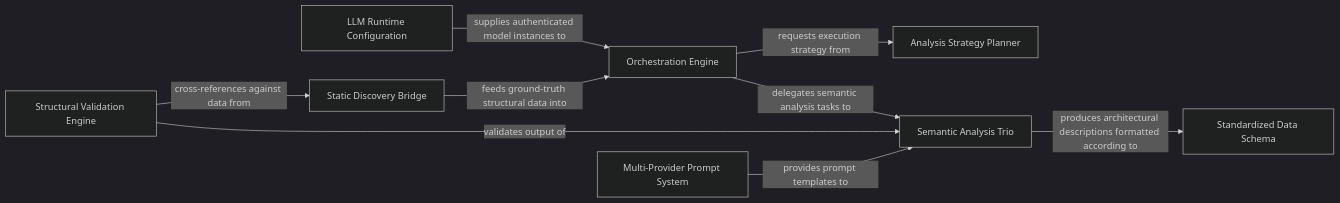
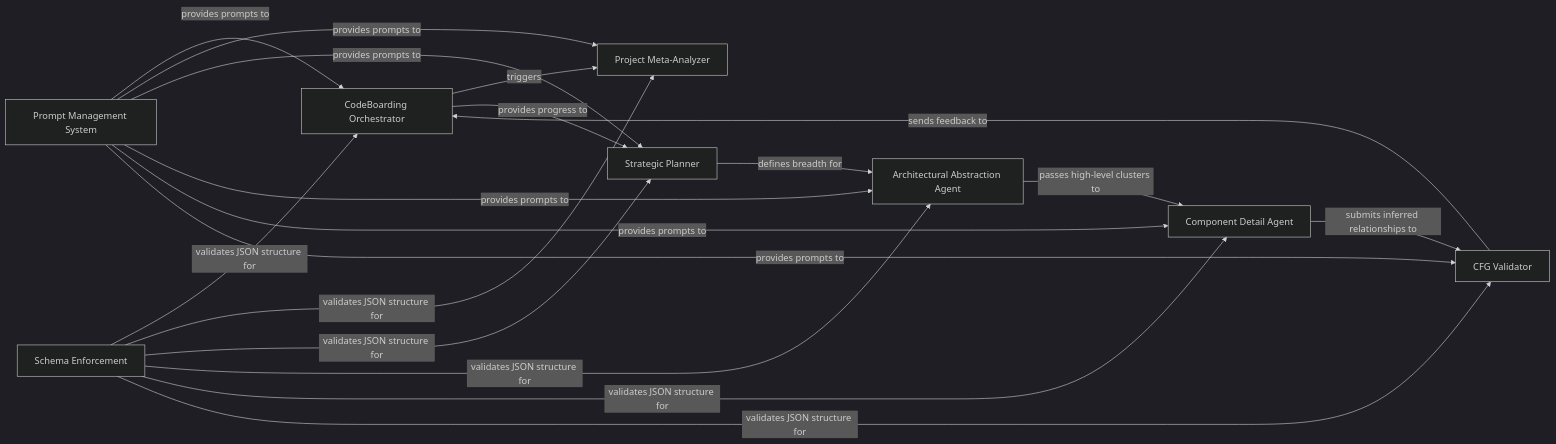
Before and after one commit to CodeBoarding/CodeBoarding: the diagram in .codeboarding/LLM_Agent_Core.md, drawn with Mermaid (dark theme). The commit also changed other lines of this file and 9 other files, not shown here.

````diff
--- a/.codeboarding/LLM_Agent_Core.md
+++ b/.codeboarding/LLM_Agent_Core.md
@@ -1,19 +1,29 @@
 ```mermaid
 graph LR
-    Orchestration_Engine["Orchestration Engine"]
-    Analysis_Strategy_Planner["Analysis Strategy Planner"]
-    Semantic_Analysis_Trio["Semantic Analysis Trio"]
-    Structural_Validation_Engine["Structural Validation Engine"]
-    Multi_Provider_Prompt_System["Multi-Provider Prompt System"]
-    LLM_Runtime_Configuration["LLM Runtime Configuration"]
-    Static_Discovery_Bridge["Static Discovery Bridge"]
-    Standardized_Data_Schema["Standardized Data Schema"]
-    Orchestration_Engine -- "requests execution strategy from" --> Analysis_Strategy_Planner
-    Orchestration_Engine -- "delegates semantic analysis tasks to" --> Semantic_Analysis_Trio
-    Semantic_Analysis_Trio -- "produces architectural descriptions formatted according to" --> Standardized_Data_Schema
-    Structural_Validation_Engine -- "validates output of" --> Semantic_Analysis_Trio
-    Structural_Validation_Engine -- "cross-references against data from" --> Static_Discovery_Bridge
-    Multi_Provider_Prompt_System -- "provides prompt templates to" --> Semantic_Analysis_Trio
-    LLM_Runtime_Configuration -- "supplies authenticated model instances to" --> Orchestration_Engine
-    Static_Discovery_Bridge -- "feeds ground-truth structural data into" --> Orchestration_Engine
+    CodeBoarding_Orchestrator["CodeBoarding Orchestrator"]
+    Prompt_Management_System["Prompt Management System"]
+    Project_Meta_Analyzer["Project Meta-Analyzer"]
+    Strategic_Planner["Strategic Planner"]
+    Architectural_Abstraction_Agent["Architectural Abstraction Agent"]
+    Component_Detail_Agent["Component Detail Agent"]
+    CFG_Validator["CFG Validator"]
+    Schema_Enforcement["Schema Enforcement"]
+    CodeBoarding_Orchestrator -- "triggers" --> Project_Meta_Analyzer
+    CodeBoarding_Orchestrator -- "provides progress to" --> Strategic_Planner
+    Architectural_Abstraction_Agent -- "passes high‑level clusters to" --> Component_Detail_Agent
+    Component_Detail_Agent -- "submits inferred relationships to" --> CFG_Validator
+    CFG_Validator -- "sends feedback to" --> CodeBoarding_Orchestrator
+    Prompt_Management_System -- "provides prompts to" --> CodeBoarding_Orchestrator
+    Prompt_Management_System -- "provides prompts to" --> Project_Meta_Analyzer
+    Prompt_Management_System -- "provides prompts to" --> Strategic_Planner
+    Prompt_Management_System -- "provides prompts to" --> Architectural_Abstraction_Agent
+    Prompt_Management_System -- "provides prompts to" --> Component_Detail_Agent
+    Prompt_Management_System -- "provides prompts to" --> CFG_Validator
+    Schema_Enforcement -- "validates JSON structure for" --> CodeBoarding_Orchestrator
+    Schema_Enforcement -- "validates JSON structure for" --> Project_Meta_Analyzer
+    Schema_Enforcement -- "validates JSON structure for" --> Strategic_Planner
+    Schema_Enforcement -- "validates JSON structure for" --> Architectural_Abstraction_Agent
+    Schema_Enforcement -- "validates JSON structure for" --> Component_Detail_Agent
+    Schema_Enforcement -- "validates JSON structure for" --> CFG_Validator
+    Strategic_Planner -- "defines breadth for" --> Architectural_Abstraction_Agent
 ```
````
